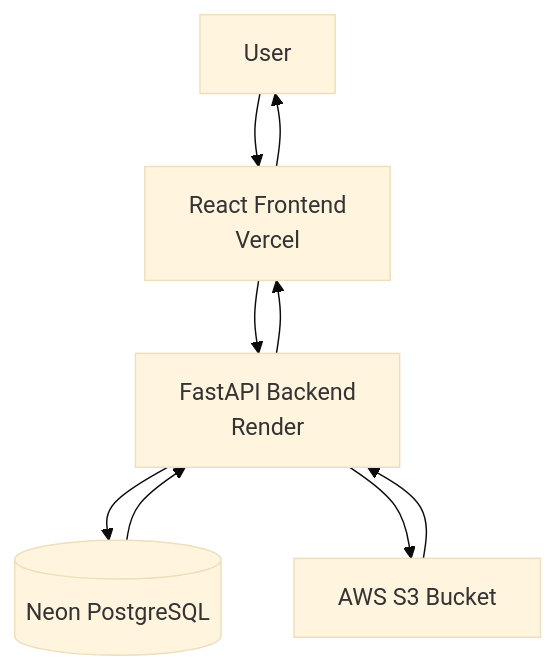
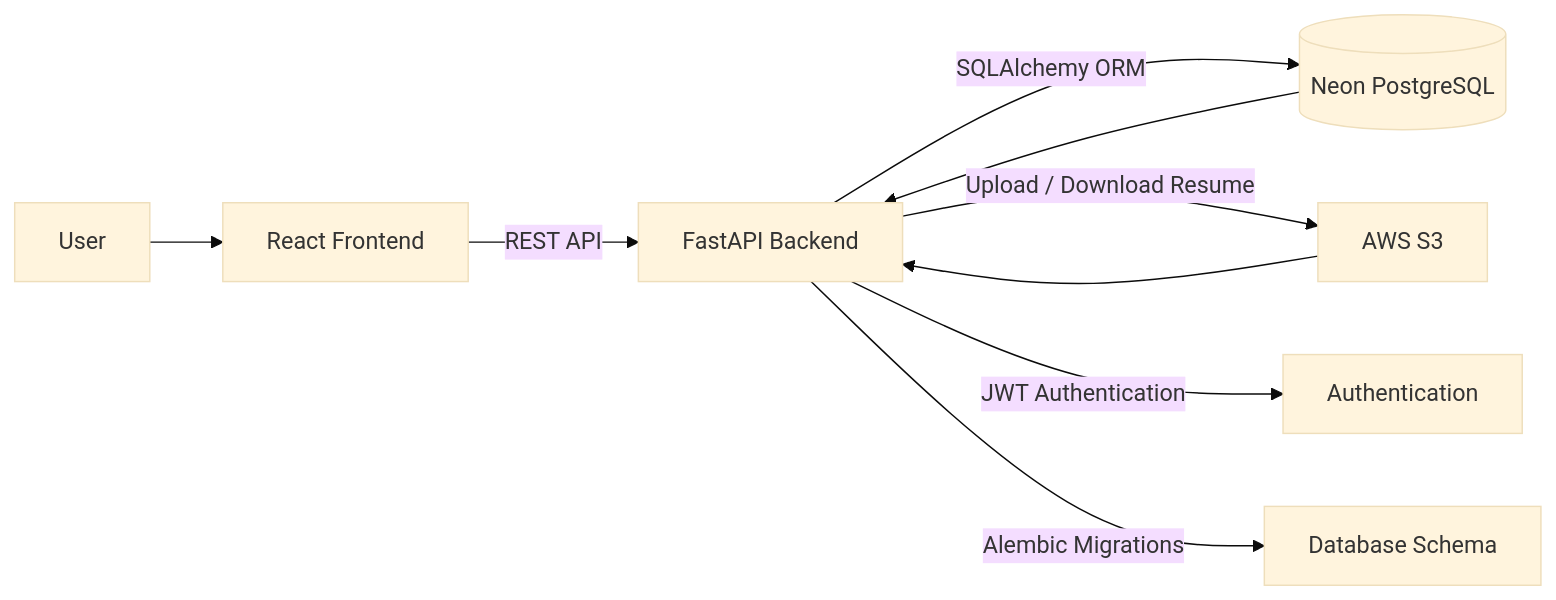
The diagram in README.md (rahul2k57/job-application-tracker), drawn with Mermaid (base theme) before and after one commit.

Commit message:
Revise system architecture diagram for clarity
Updated system architecture diagram to reflect REST API, SQLAlchemy ORM, JWT Authentication, and Alembic Migrations.

````diff
--- a/README.md
+++ b/README.md
@@ -50,12 +50,14 @@
 ```mermaid
-graph TB
-    A[User] --> B[React Frontend <br/> Vercel]
-    B --> C[FastAPI Backend <br/> Render]
-    C --> D[(Neon PostgreSQL)]
-    C --> E[AWS S3 Bucket]
+graph LR
+    A[User] --> B[React Frontend]
+    B -->|REST API| C[FastAPI Backend]
+
+    C -->|SQLAlchemy ORM| D[(Neon PostgreSQL)]
+    C -->|Upload / Download Resume| E[AWS S3]
+
+    C -->|JWT Authentication| F[Authentication]
+    C -->|Alembic Migrations| G[Database Schema]
 
     D --> C
     E --> C
-    C --> B
-    B --> A
 ```
````
